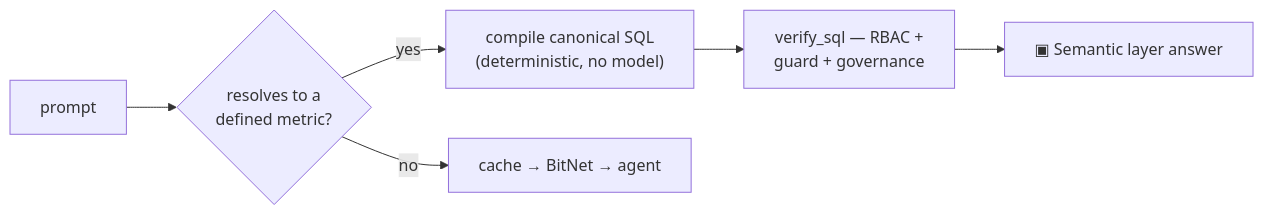
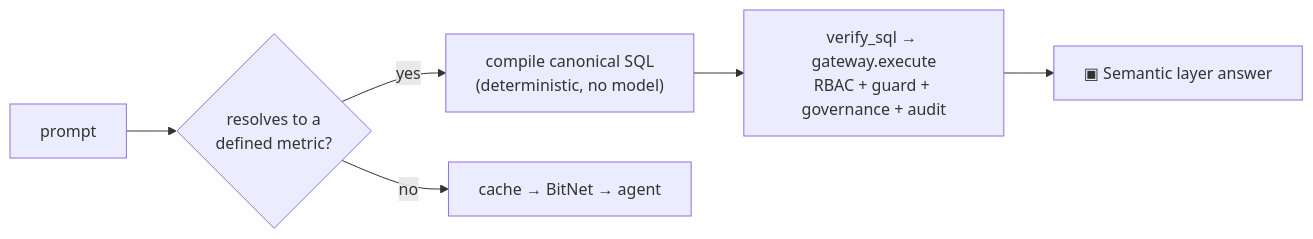
Before and after one commit to rohitkarumanchi745/studio: the third of 12 diagrams in README.md, drawn with Mermaid. The commit also changed other lines of this file and 98 other files, not shown here.

````diff
--- a/README.md
+++ b/README.md
@@ -199,8 +291,8 @@
 ```mermaid
 flowchart LR
     Q["prompt"] --> R{resolves to a<br/>defined metric?}
     R -- yes --> C["compile canonical SQL<br/>(deterministic, no model)"]
-    C --> V["verify_sql — RBAC +<br/>guard + governance"]
+    C --> V["verify_sql → gateway.execute<br/>RBAC + guard + governance + audit"]
     V --> ANS["▣ Semantic layer answer"]
     R -- no --> AG["cache → BitNet → agent"]
 ```
````
